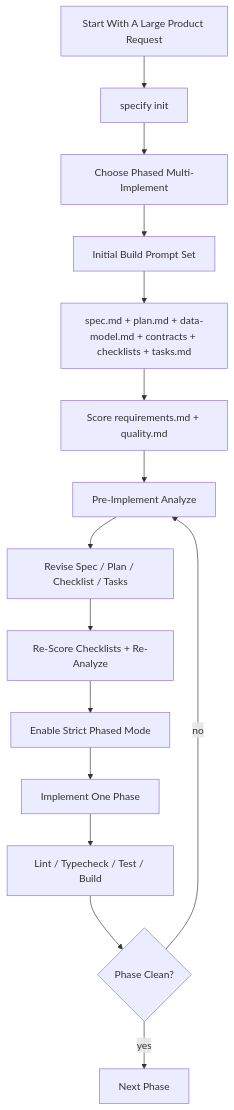
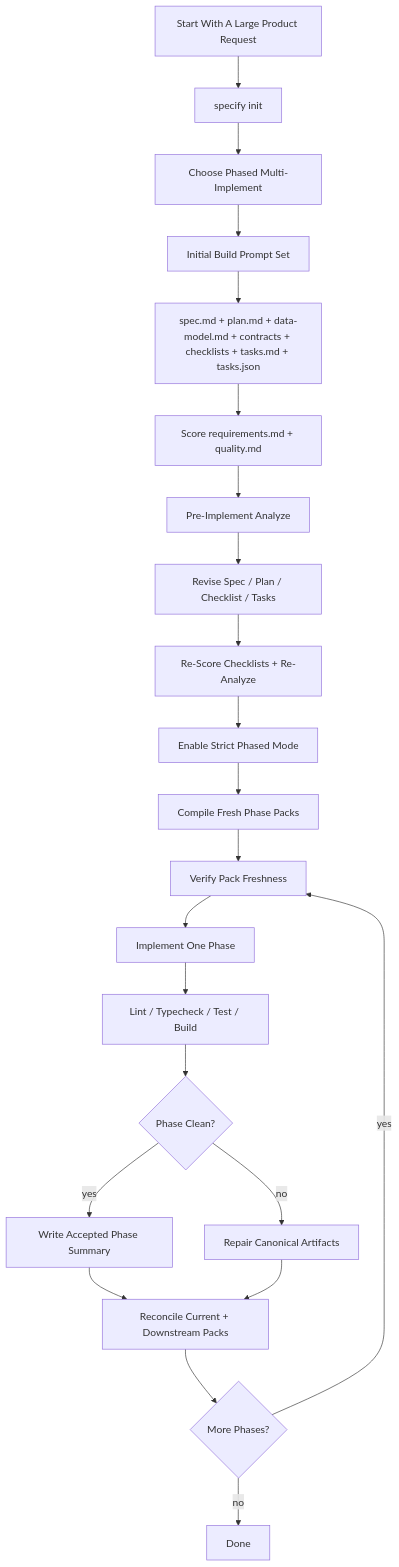
Before and after one commit to jessepetersondev/jesses-book-of-cool-speckit: the diagram in docs/reproducibility/reproduce.md, drawn with Mermaid. The commit also changed other lines of this file and 40 other files, not shown here.

Commit message:
Add phase pack reconciliation upgrade

````diff
--- a/docs/reproducibility/reproduce.md
+++ b/docs/reproducibility/reproduce.md
@@ -15,17 +15,24 @@
 ```mermaid
 flowchart TD
     A[Start With A Large Product Request] --> B[specify init]
     B --> C[Choose Phased Multi-Implement]
     C --> D[Initial Build Prompt Set]
-    D --> E[spec.md + plan.md + data-model.md + contracts + checklists + tasks.md]
+    D --> E[spec.md + plan.md + data-model.md + contracts + checklists + tasks.md + tasks.json]
     E --> F[Score requirements.md + quality.md]
     F --> G[Pre-Implement Analyze]
     G --> H[Revise Spec / Plan / Checklist / Tasks]
     H --> I[Re-Score Checklists + Re-Analyze]
     I --> J[Enable Strict Phased Mode]
-    J --> K[Implement One Phase]
-    K --> L[Lint / Typecheck / Test / Build]
-    L --> M{Phase Clean?}
-    M -->|yes| N[Next Phase]
-    M -->|no| G
+    J --> K[Compile Fresh Phase Packs]
+    K --> L[Verify Pack Freshness]
+    L --> M[Implement One Phase]
+    M --> N[Lint / Typecheck / Test / Build]
+    N --> O{Phase Clean?}
+    O -->|yes| P[Write Accepted Phase Summary]
+    P --> Q[Reconcile Current + Downstream Packs]
+    Q --> R{More Phases?}
+    R -->|yes| L
+    R -->|no| S[Done]
+    O -->|no| T[Repair Canonical Artifacts]
+    T --> Q
 ```
````
